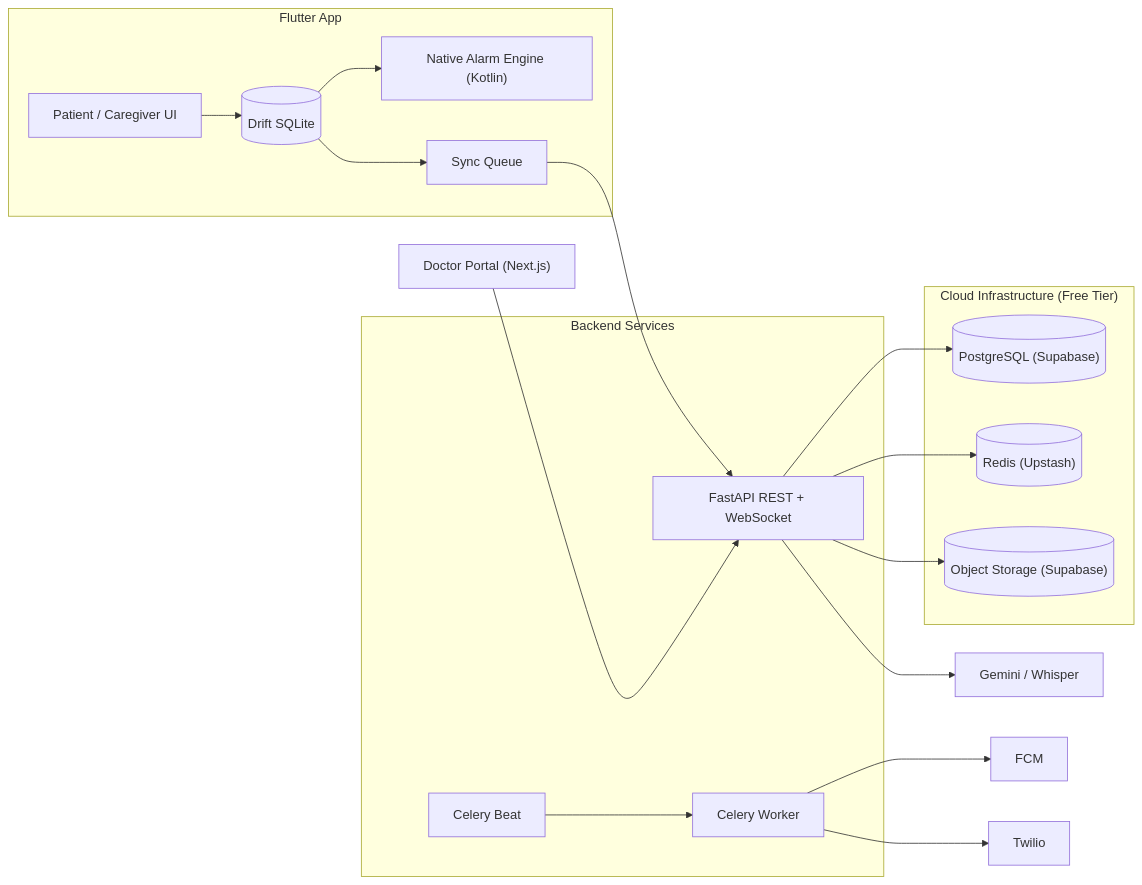
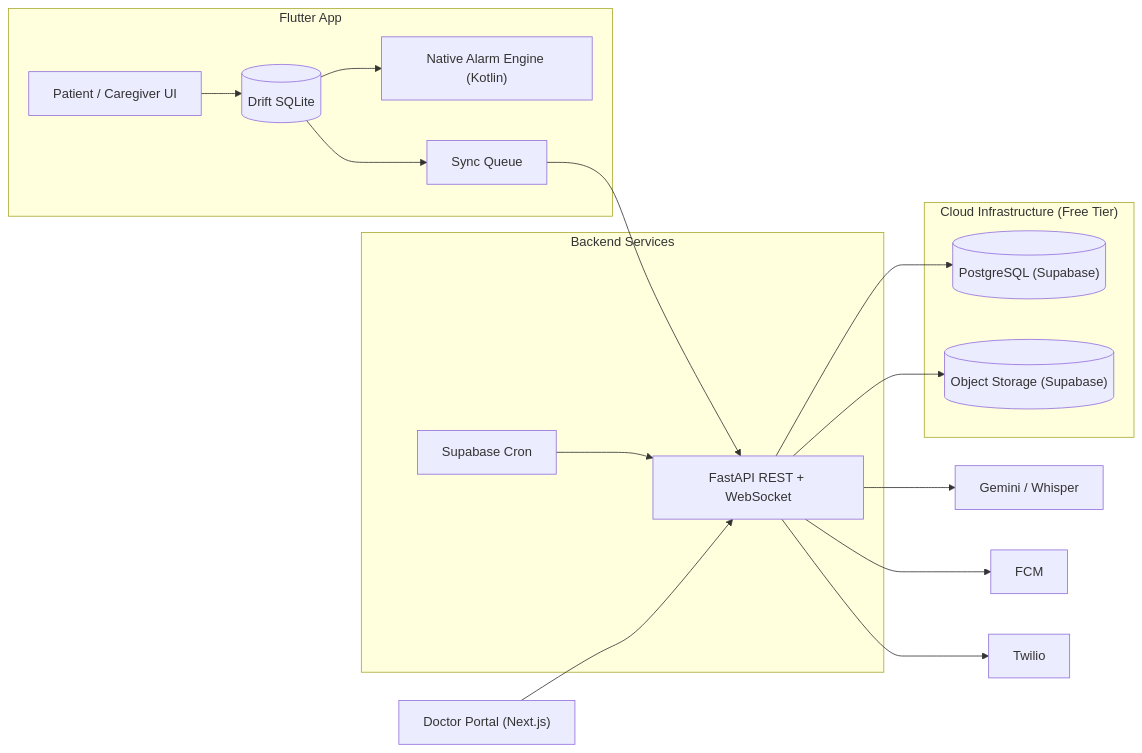
One commit to Youseefee/Medliva changed the first of 4 diagrams in docs/ARCHITECTURE.md. Above: the diagram before and after it, drawn with Mermaid. The commit also changed other lines of this file and 77 other files, not shown here.

````diff
--- a/docs/ARCHITECTURE.md
+++ b/docs/ARCHITECTURE.md
@@ -4,28 +4,26 @@
 ```mermaid
 flowchart LR
   subgraph Mobile["Flutter App"]
     UI["Patient / Caregiver UI"]
     DB[("Drift SQLite")]
     AL["Native Alarm Engine (Kotlin)"]
     SQ["Sync Queue"]
   end
   subgraph Backend["Backend Services"]
     API["FastAPI REST + WebSocket"]
-    WK["Celery Worker"]
-    BT["Celery Beat"]
+    CRON["Supabase Cron"]
   end
   subgraph Cloud["Cloud Infrastructure (Free Tier)"]
     PG[("PostgreSQL (Supabase)")]
-    RD[("Redis (Upstash)")]
     S3[("Object Storage (Supabase)")]
   end
   UI --> DB --> AL
   DB --> SQ --> API
   API --> PG
-  API --> RD
   API --> S3
   API --> AI["Gemini / Whisper"]
-  BT --> WK --> FCM["FCM"]
-  WK --> TW["Twilio"]
+  CRON --> API
+  API --> FCM["FCM"]
+  API --> TW["Twilio"]
   PORTAL["Doctor Portal (Next.js)"] --> API
 ```
````
